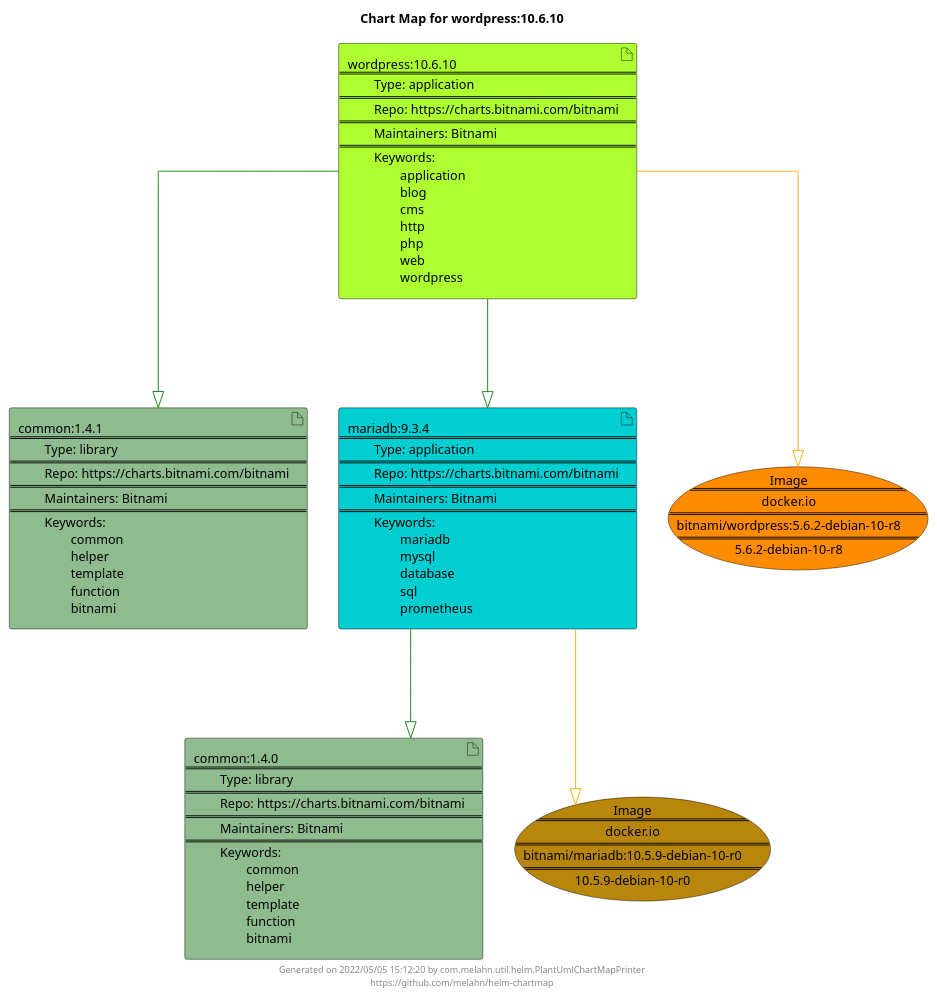
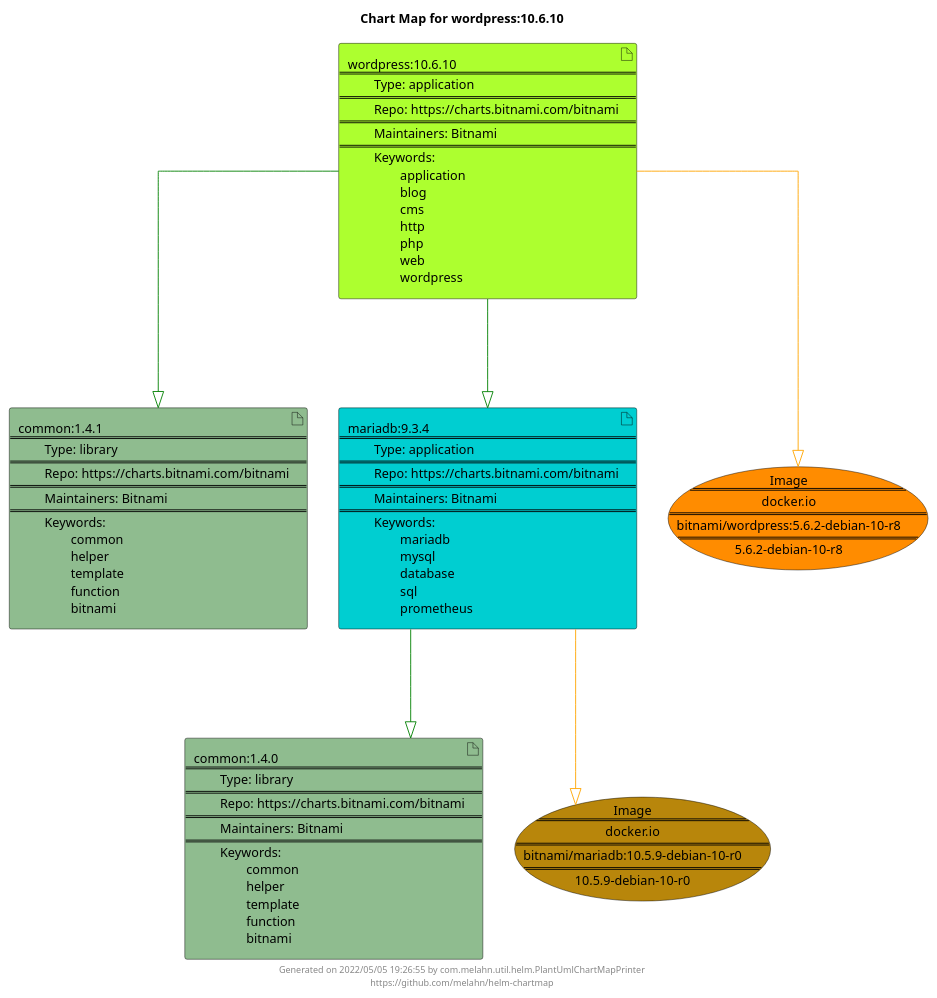
Before and after one commit to melahn/helm-chartmap: the diagram in docs/wordpress/wordpress-10.6.10.puml, drawn with PlantUML. The commit also changed 63 other files, not shown here.

Commit message:
Update Example Chart Maps as part of GitHub build

```diff
--- a/docs/wordpress/wordpress-10.6.10.puml
+++ b/docs/wordpress/wordpress-10.6.10.puml
@@ -1,29 +1,29 @@
 @startuml
 skinparam linetype ortho
 skinparam backgroundColor white
 skinparam usecaseBorderColor black
 skinparam usecaseArrowColor LightSlateGray
 skinparam artifactBorderColor black
 skinparam artifactArrowColor LightSlateGray
 
 title Chart Map for wordpress:10.6.10
 
 'There are 4 referenced Helm Charts
 artifact "common:1.4.1\n====\n\tType: library\n====\n\tRepo: https://charts.bitnami.com/bitnami\n====\n\tMaintainers: Bitnami\n====\n\tKeywords: \n\t\tcommon\n\t\thelper\n\t\ttemplate\n\t\tfunction\n\t\tbitnami" as common_1_4_1 #DarkSeaGreen
 artifact "mariadb:9.3.4\n====\n\tType: application\n====\n\tRepo: https://charts.bitnami.com/bitnami\n====\n\tMaintainers: Bitnami\n====\n\tKeywords: \n\t\tmariadb\n\t\tmysql\n\t\tdatabase\n\t\tsql\n\t\tprometheus" as mariadb_9_3_4 #DarkTurquoise
 artifact "common:1.4.0\n====\n\tType: library\n====\n\tRepo: https://charts.bitnami.com/bitnami\n====\n\tMaintainers: Bitnami\n====\n\tKeywords: \n\t\tcommon\n\t\thelper\n\t\ttemplate\n\t\tfunction\n\t\tbitnami" as common_1_4_0 #DarkSeaGreen
 artifact "wordpress:10.6.10\n====\n\tType: application\n====\n\tRepo: https://charts.bitnami.com/bitnami\n====\n\tMaintainers: Bitnami\n====\n\tKeywords: \n\t\tapplication\n\t\tblog\n\t\tcms\n\t\thttp\n\t\tphp\n\t\tweb\n\t\twordpress" as wordpress_10_6_10 #GreenYellow
 
 'There are 2 referenced Docker Images
 usecase "Image\n====\ndocker.io\n====\nbitnami/wordpress:5.6.2-debian-10-r8\n====\n5.6.2-debian-10-r8" as docker_io_bitnami_wordpress_5_6_2_debian_10_r8 #Darkorange
 usecase "Image\n====\ndocker.io\n====\nbitnami/mariadb:10.5.9-debian-10-r0\n====\n10.5.9-debian-10-r0" as docker_io_bitnami_mariadb_10_5_9_debian_10_r0 #DarkGoldenRod
 
 'Chart Dependencies
 wordpress_10_6_10--[#green]-|>common_1_4_1
 wordpress_10_6_10--[#green]-|>mariadb_9_3_4
 mariadb_9_3_4--[#green]-|>common_1_4_0
 mariadb_9_3_4--[#orange]-|>docker_io_bitnami_mariadb_10_5_9_debian_10_r0
 wordpress_10_6_10--[#orange]-|>docker_io_bitnami_wordpress_5_6_2_debian_10_r8
 
-center footer Generated on 2022/05/05 15:12:20 by com.melahn.util.helm.PlantUmlChartMapPrinter\nhttps://github.com/melahn/helm-chartmap
+center footer Generated on 2022/05/05 19:26:55 by com.melahn.util.helm.PlantUmlChartMapPrinter\nhttps://github.com/melahn/helm-chartmap
 @enduml
```
